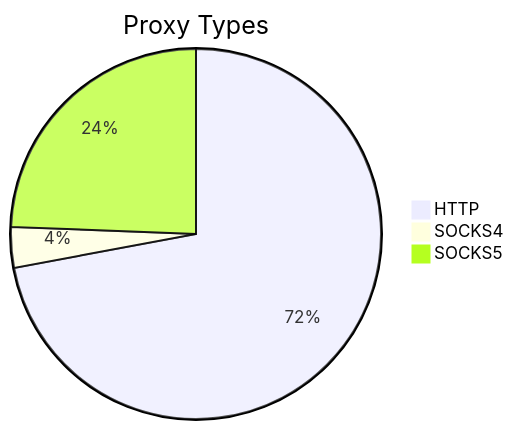
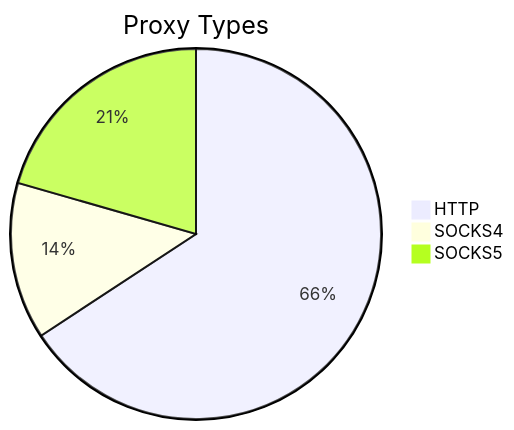
The first of 2 diagrams in README.md (stormsia/proxy-list), drawn with Mermaid before and after one commit. The commit also changed other lines of this file, not shown here.

````diff
--- a/README.md
+++ b/README.md
@@ -21,6 +21,6 @@
 ```mermaid
 pie title Proxy Types
-    "HTTP" : 325
-    "SOCKS4" : 16
-    "SOCKS5" : 110
+    "HTTP" : 528
+    "SOCKS4" : 110
+    "SOCKS5" : 165
 ```
````
